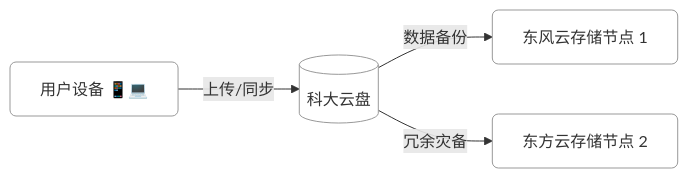
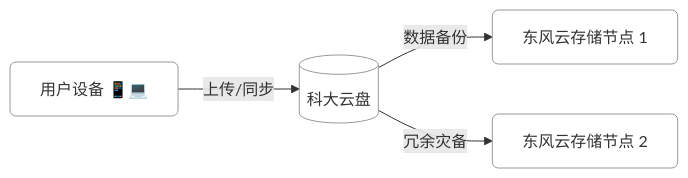
One commit to wf0229/pan_doc changed the first of 4 diagrams in docs/index.md. Above: the diagram before and after it, drawn with Mermaid. The commit also changed other lines of this file and 8 other files, not shown here.

````diff
--- a/docs/index.md
+++ b/docs/index.md
@@ -14,8 +14,8 @@
 ```mermaid
 flowchart LR
     A[用户设备 📱💻] -->|上传/同步| B[(科大云盘)]
     B -->|数据备份| C[东风云存储节点 1]
-    B -->|冗余灾备| D[东方云存储节点 2]
+    B -->|冗余灾备| D[东风云存储节点 2]
     classDef node fill:#fff,stroke:#999,rx:6,ry:6;
     class A,B,C,D node;
 ```
````
